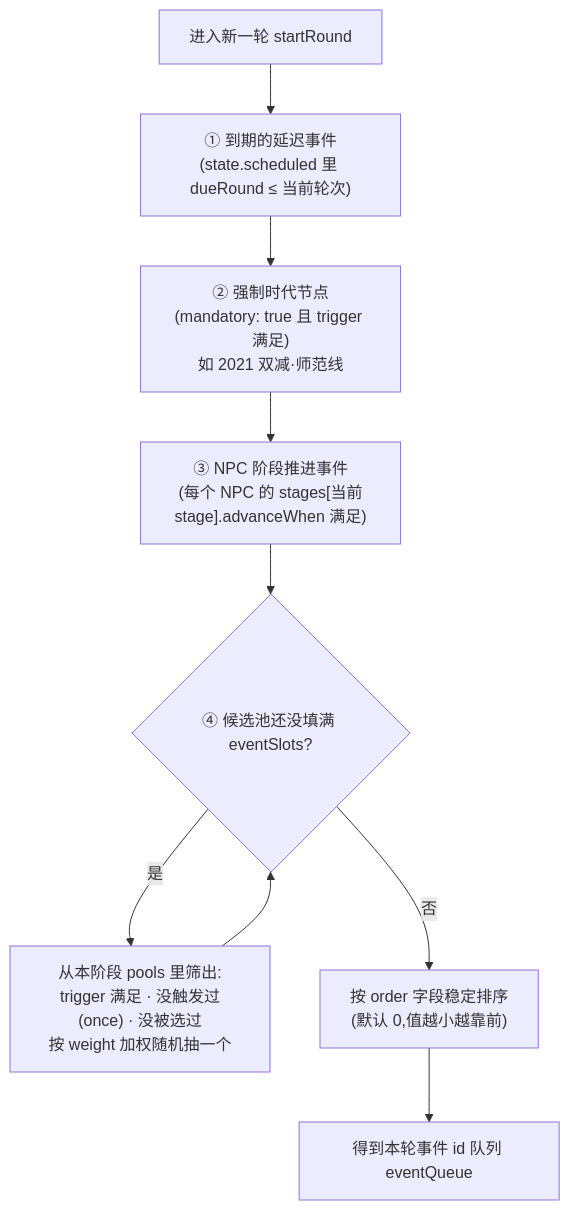
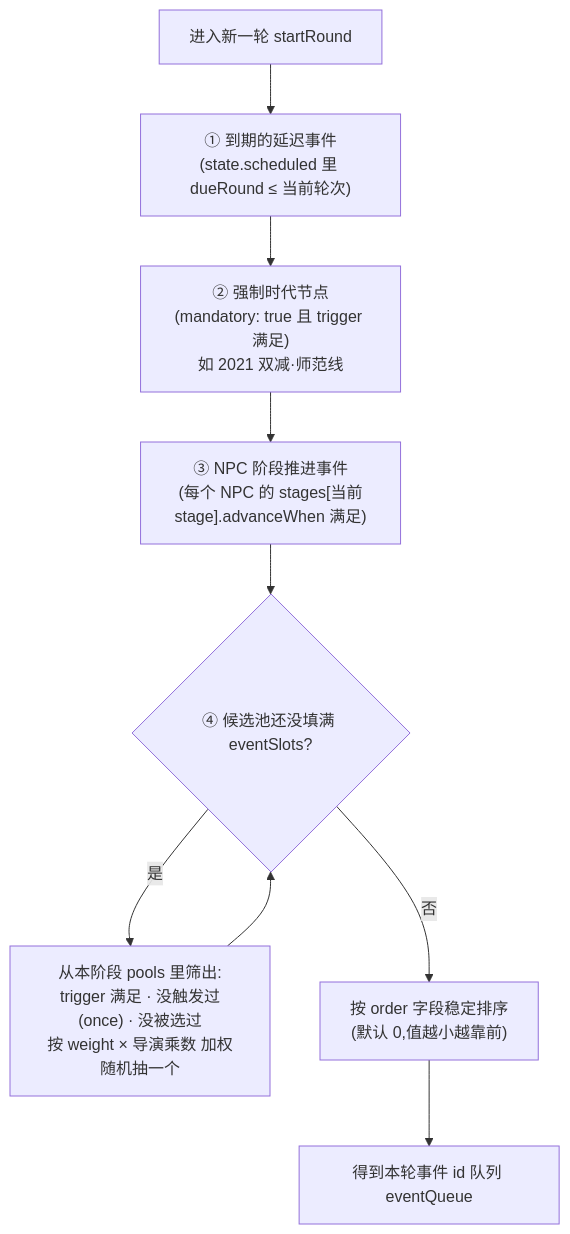
The fourth of 7 diagrams in TECH_ARCHITECTURE.md (sonnyHenry/life-simulator-2014), drawn with Mermaid before and after one commit. The commit also changed other lines of this file and 1 other file, not shown here.

````diff
--- a/TECH_ARCHITECTURE.md
+++ b/TECH_ARCHITECTURE.md
@@ -255,11 +255,11 @@
 ```mermaid
 flowchart TD
     A[进入新一轮 startRound] --> B["① 到期的延迟事件<br/>(state.scheduled 里 dueRound ≤ 当前轮次)"]
     B --> C["② 强制时代节点<br/>(mandatory: true 且 trigger 满足)<br/>如 2021 双减·师范线"]
     C --> D["③ NPC 阶段推进事件<br/>(每个 NPC 的 stages[当前stage].advanceWhen 满足)"]
     D --> E{"④ 候选池还没填满 eventSlots?"}
-    E -- 是 --> F["从本阶段 pools 里筛出:<br/>trigger 满足 · 没触发过(once) · 没被选过<br/>按 weight 加权随机抽一个"]
+    E -- 是 --> F["从本阶段 pools 里筛出:<br/>trigger 满足 · 没触发过(once) · 没被选过<br/>按 weight × 导演乘数 加权随机抽一个"]
     F --> E
     E -- 否 --> G["按 order 字段稳定排序<br/>(默认 0,值越小越靠前)"]
     G --> H[得到本轮事件 id 队列 eventQueue]
 ```
````
